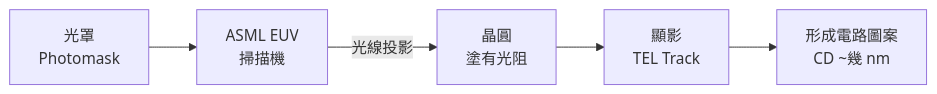
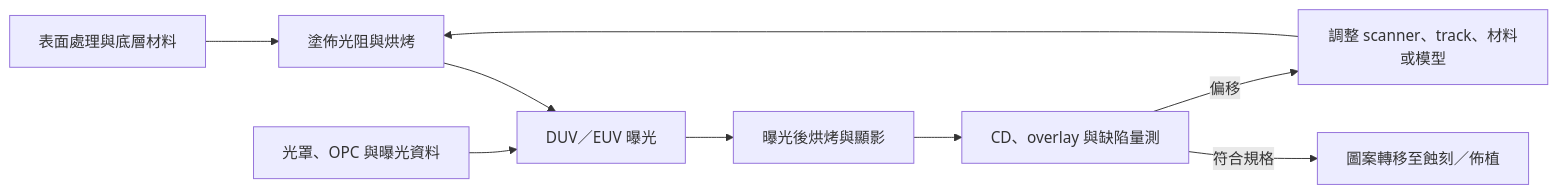
One commit to wizardhsiehcom/book changed the diagram in docs/semi-jobs/07-photo.md. Above: the diagram before and after it, drawn with Mermaid. The commit also changed other lines of this file and 31 other files, not shown here.

````diff
--- a/docs/semi-jobs/07-photo.md
+++ b/docs/semi-jobs/07-photo.md
@@ -7,7 +7,11 @@
 ```mermaid
 flowchart LR
-    MSK["光罩<br/>Photomask"] --> SCAN["ASML EUV<br/>掃描機"]
-    SCAN -->|"光線投影"| WAF["晶圓<br/>塗有光阻"]
-    WAF --> DEV["顯影<br/>TEL Track"]
-    DEV --> PAT["形成電路圖案<br/>CD ~幾 nm"]
+    PRE["表面處理與底層材料"] --> COAT["塗佈光阻與烘烤"]
+    COAT --> EXP["DUV／EUV 曝光"]
+    MSK["光罩、OPC 與曝光資料"] --> EXP
+    EXP --> PEB["曝光後烘烤與顯影"]
+    PEB --> MET["CD、overlay 與缺陷量測"]
+    MET -->|"符合規格"| ETC["圖案轉移至蝕刻／佈植"]
+    MET -->|"偏移"| TUNE["調整 scanner、track、材料或模型"]
+    TUNE --> COAT
 ```
````
